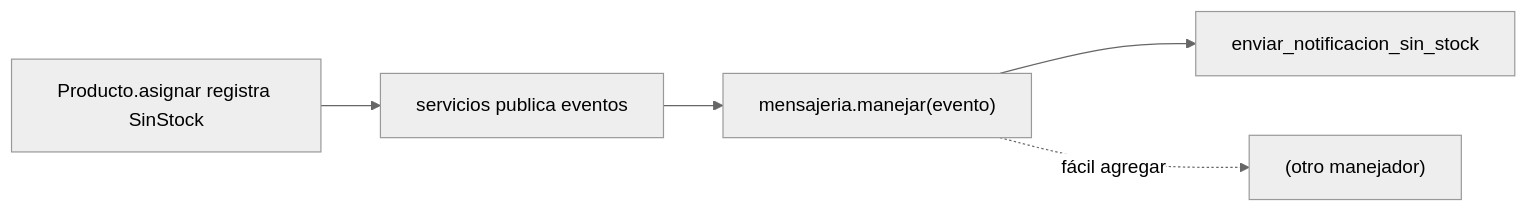
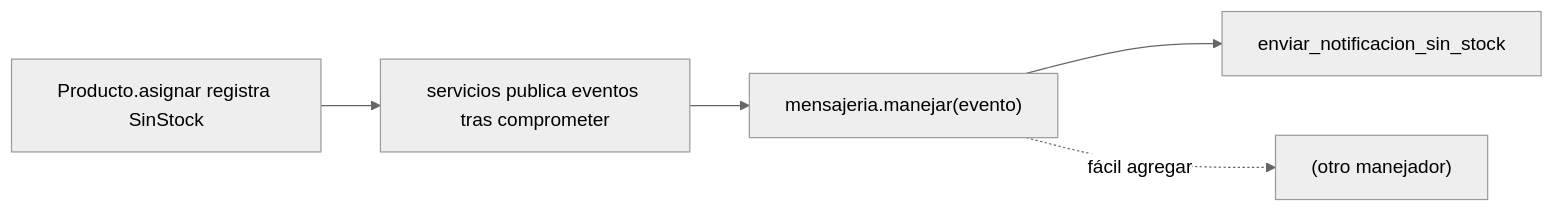
Before and after one commit to BenjaminGhiggo/aprendiendo-ddd-con-python-y-fastapi: the second of 2 diagrams in fase-1/capitulos/08-events-message-bus/README.md, drawn with Mermaid (neutral theme). The commit also changed other lines of this file and 6 other files, not shown here.

````diff
--- a/fase-1/capitulos/08-events-message-bus/README.md
+++ b/fase-1/capitulos/08-events-message-bus/README.md
@@ -47,7 +152,7 @@
 ```mermaid
 flowchart LR
-    P["Producto.asignar registra SinStock"] --> SVC["servicios publica eventos"]
+    P["Producto.asignar registra SinStock"] --> SVC["servicios publica eventos tras comprometer"]
     SVC --> BUS["mensajeria.manejar(evento)"]
     BUS --> H1["enviar_notificacion_sin_stock"]
     BUS -. "fácil agregar" .-> H2["(otro manejador)"]
 ```
````
